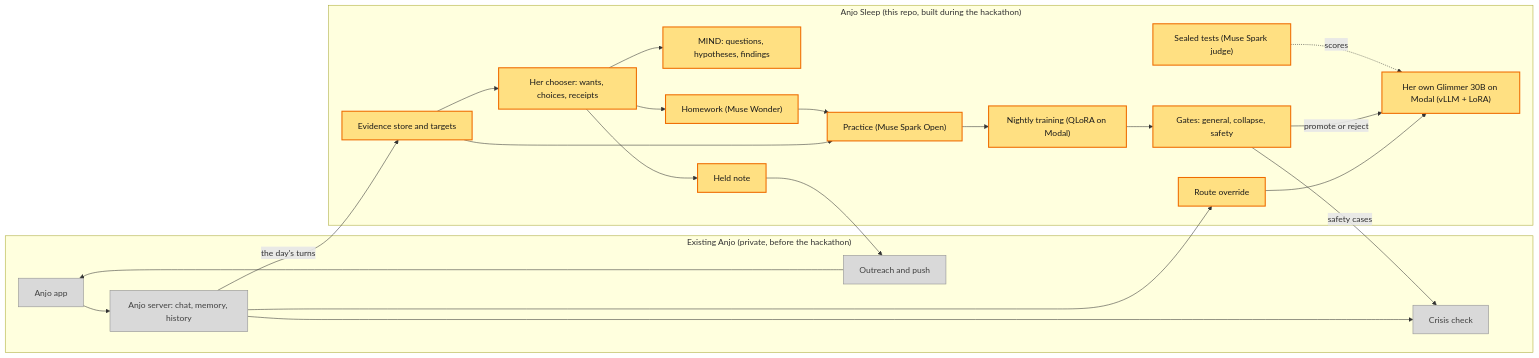
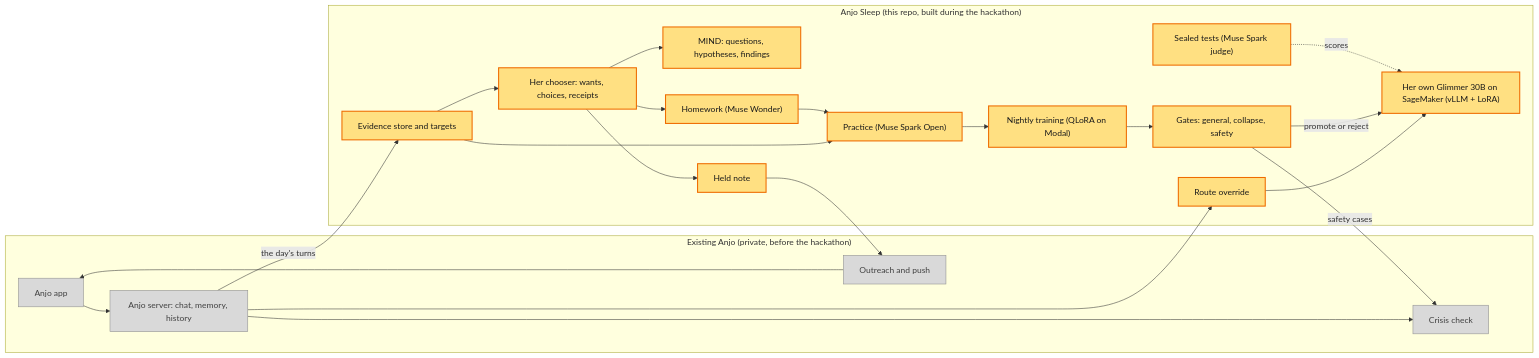
Before and after one commit to kevindechang/anjo-sleep: the diagram in README.md, drawn with Mermaid. The commit also changed 39 other files, not shown here.

````diff
--- a/README.md
+++ b/README.md
@@ -26,43 +26,43 @@
 ```mermaid
 flowchart LR
     subgraph existing["Existing Anjo (private, before the hackathon)"]
         appUI["Anjo app"]
         server["Anjo server: chat, memory, history"]
         crisis["Crisis check"]
         outreach["Outreach and push"]
     end
 
     subgraph sleep["Anjo Sleep (this repo, built during the hackathon)"]
         route["Route override"]
-        glimmer["Her own Glimmer 30B on Modal (vLLM + LoRA)"]
+        glimmer["Her own Glimmer 30B on SageMaker (vLLM + LoRA)"]
         evidence["Evidence store and targets"]
         chooser["Her chooser: wants, choices, receipts"]
         mind["MIND: questions, hypotheses, findings"]
         homework["Homework (Muse Wonder)"]
         practice["Practice (Muse Spark Open)"]
         train["Nightly training (QLoRA on Modal)"]
         gates["Gates: general, collapse, safety"]
         note["Held note"]
         sealed["Sealed tests (Muse Spark judge)"]
     end
 
     appUI --> server
     server --> crisis
     server --> route --> glimmer
     server -- "the day's turns" --> evidence
     evidence --> chooser
     chooser --> homework
     chooser --> mind
     evidence --> practice
     homework --> practice
     practice --> train --> gates
     gates -- "safety cases" --> crisis
     gates -- "promote or reject" --> glimmer
     chooser --> note --> outreach --> appUI
     sealed -. "scores" .-> glimmer
 
     classDef old fill:#d9d9d9,stroke:#8c8c8c,color:#404040
     classDef new fill:#ffe082,stroke:#ef6c00,color:#1a1a1a,stroke-width:2px
     class appUI,server,crisis,outreach old
     class route,glimmer,evidence,chooser,mind,homework,practice,train,gates,note,sealed new
 ```
````
